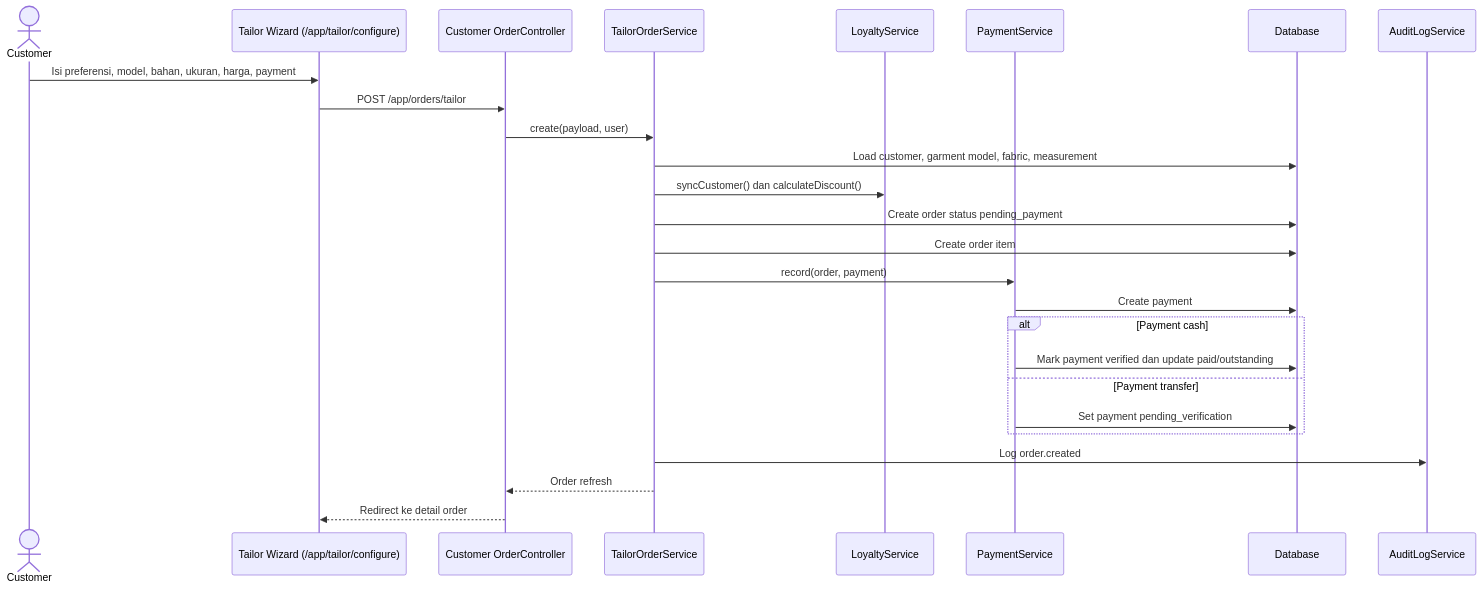
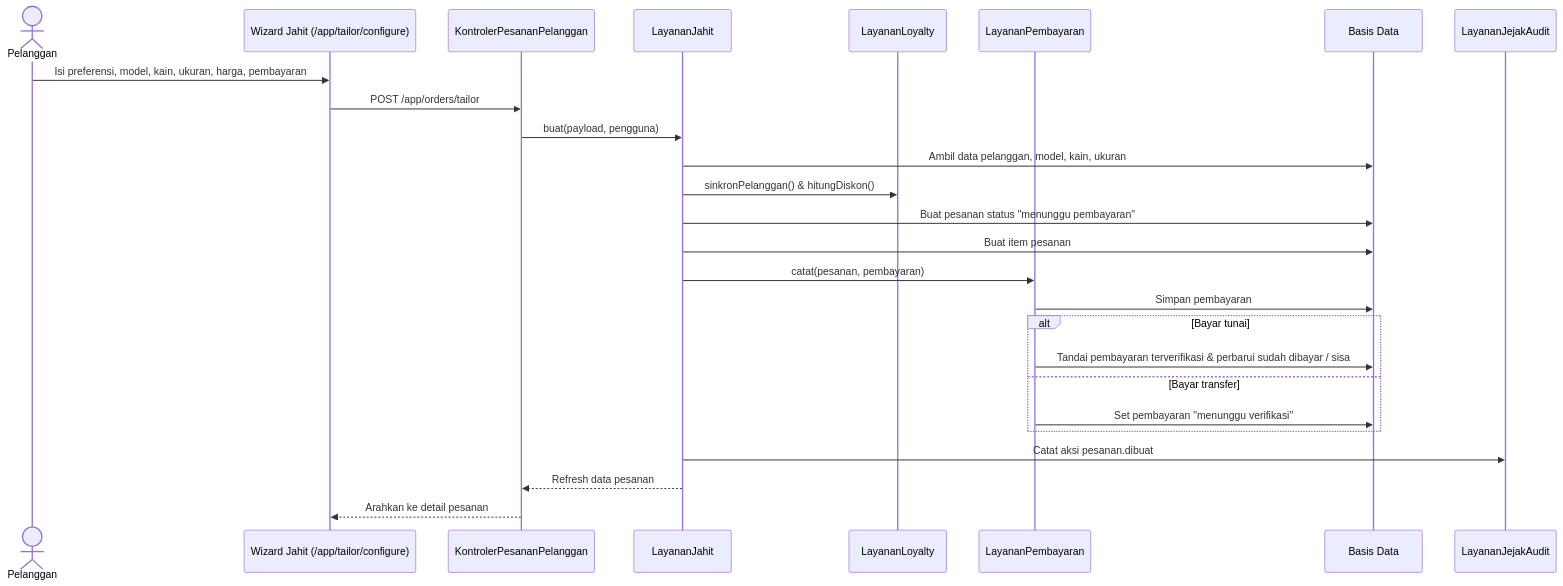
The sixth of 13 diagrams in docs/MVP-APP-UML-AND-USE-CASES.md (nabiilnuryassar/djaitin), drawn with Mermaid before and after one commit. The commit also changed other lines of this file, not shown here.

Commit message:
update: UML

````diff
--- a/docs/MVP-APP-UML-AND-USE-CASES.md
+++ b/docs/MVP-APP-UML-AND-USE-CASES.md
@@ -505,29 +628,29 @@
 ```mermaid
 sequenceDiagram
-    actor Customer
-    participant UI as Tailor Wizard (/app/tailor/configure)
-    participant OrderController as Customer OrderController
-    participant TailorService as TailorOrderService
-    participant LoyaltyService
-    participant PaymentService
-    participant DB as Database
-    participant Audit as AuditLogService
+    actor Pelanggan
+    participant UI as Wizard Jahit (/app/tailor/configure)
+    participant Kontroler as KontrolerPesananPelanggan
+    participant LayananJahit
+    participant LayananLoyalty
+    participant LayananPembayaran
+    participant DB as Basis Data
+    participant Audit as LayananJejakAudit
 
-    Customer->>UI: Isi preferensi, model, bahan, ukuran, harga, payment
-    UI->>OrderController: POST /app/orders/tailor
-    OrderController->>TailorService: create(payload, user)
-    TailorService->>DB: Load customer, garment model, fabric, measurement
-    TailorService->>LoyaltyService: syncCustomer() dan calculateDiscount()
-    TailorService->>DB: Create order status pending_payment
-    TailorService->>DB: Create order item
-    TailorService->>PaymentService: record(order, payment)
-    PaymentService->>DB: Create payment
-    alt Payment cash
-        PaymentService->>DB: Mark payment verified dan update paid/outstanding
-    else Payment transfer
-        PaymentService->>DB: Set payment pending_verification
+    Pelanggan->>UI: Isi preferensi, model, kain, ukuran, harga, pembayaran
+    UI->>Kontroler: POST /app/orders/tailor
+    Kontroler->>LayananJahit: buat(payload, pengguna)
+    LayananJahit->>DB: Ambil data pelanggan, model, kain, ukuran
+    LayananJahit->>LayananLoyalty: sinkronPelanggan() & hitungDiskon()
+    LayananJahit->>DB: Buat pesanan status "menunggu pembayaran"
+    LayananJahit->>DB: Buat item pesanan
+    LayananJahit->>LayananPembayaran: catat(pesanan, pembayaran)
+    LayananPembayaran->>DB: Simpan pembayaran
+    alt Bayar tunai
+        LayananPembayaran->>DB: Tandai pembayaran terverifikasi & perbarui sudah dibayar / sisa
+    else Bayar transfer
+        LayananPembayaran->>DB: Set pembayaran "menunggu verifikasi"
     end
-    TailorService->>Audit: Log order.created
-    TailorService-->>OrderController: Order refresh
-    OrderController-->>UI: Redirect ke detail order
+    LayananJahit->>Audit: Catat aksi pesanan.dibuat
+    LayananJahit-->>Kontroler: Refresh data pesanan
+    Kontroler-->>UI: Arahkan ke detail pesanan
 ```
````
